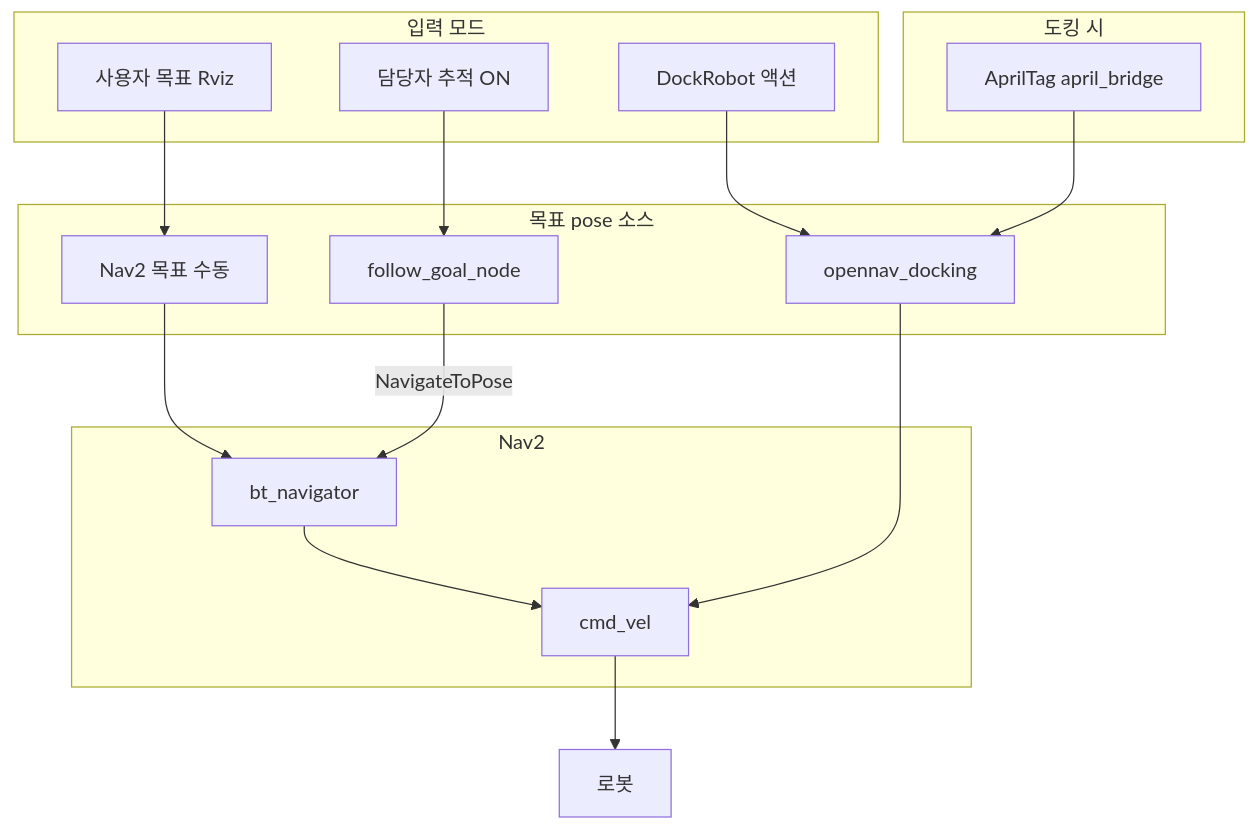
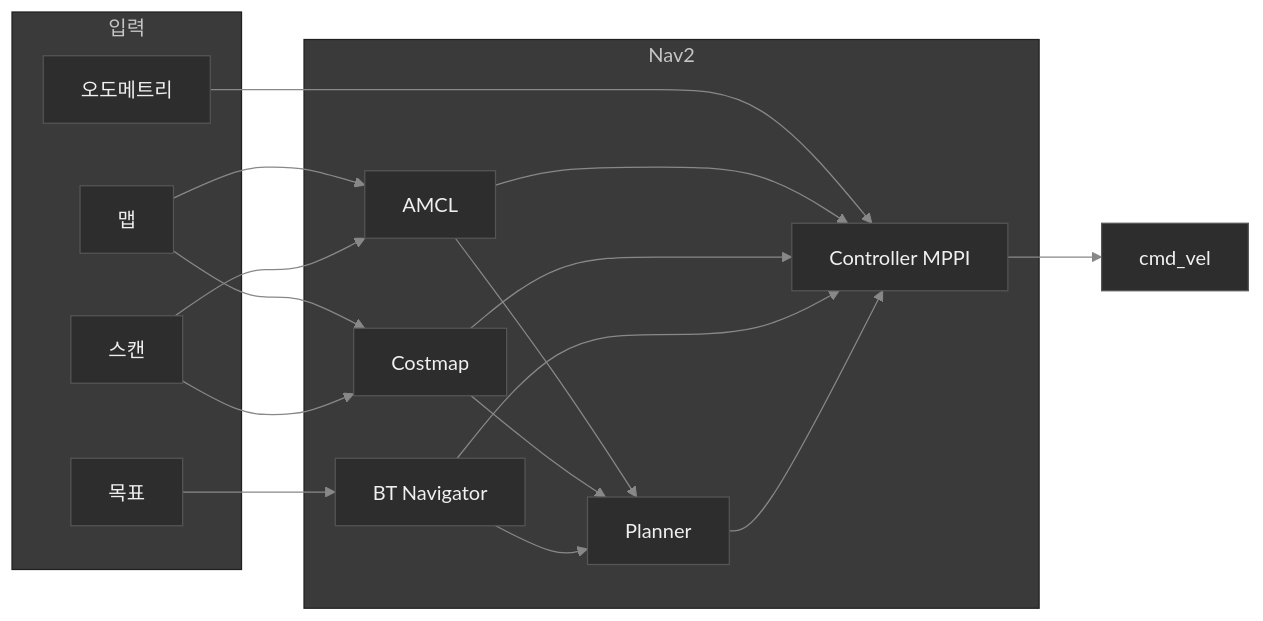
The second of 6 diagrams in 05_AMR_RDS.md (DDUGGOGI/DDUGGOGI), drawn with Mermaid before and after one commit. The commit also changed other lines of this file, not shown here.

````diff
--- a/05_AMR_RDS.md
+++ b/05_AMR_RDS.md
@@ -128,29 +59,32 @@
 ```mermaid
-flowchart TB
-  subgraph inputs["입력 모드"]
-    USER[사용자 목표 Rviz]
-    TRACK[담당자 추적 ON]
-    DOCK_ACT[DockRobot 액션]
-  end
-
-  subgraph goal_sources["목표 pose 소스"]
-    USER --> NAV_GOAL[Nav2 목표 수동]
-    TRACK --> FG[follow_goal_node]
-    DOCK_ACT --> DOCK_SRV[opennav_docking]
-  end
-
-  subgraph nav2["Nav2"]
-    BT[bt_navigator]
-    NAV_GOAL --> BT
-    FG -->|NavigateToPose| BT
-    BT --> CMD[cmd_vel]
-  end
-
-  subgraph docking["도킹 시"]
-    APRIL[AprilTag april_bridge]
-    APRIL --> DOCK_SRV
-    DOCK_SRV --> CMD
-  end
-
-  CMD --> ROBOT[로봇]
+%%{init: {'theme':'base', 'themeVariables': { 'primaryColor':'#2d2d2d', 'primaryTextColor':'#f0f0f0', 'primaryBorderColor':'#555', 'lineColor':'#888' }}}%%
+flowchart LR
+    subgraph In["입력"]
+        G[목표]
+        S[스캔]
+        O[오도메트리]
+        M[맵]
+    end
+    subgraph Nav2["Nav2"]
+        BT[BT Navigator]
+        P[Planner]
+        CO[Costmap]
+        A[AMCL]
+        C[Controller MPPI]
+    end
+    V[cmd_vel]
+    G --> BT
+    M --> A
+    M --> CO
+    S --> A
+    S --> CO
+    O --> C
+    A --> P
+    A --> C
+    CO --> P
+    CO --> C
+    BT --> P
+    BT --> C
+    P --> C
+    C --> V
 ```
````
